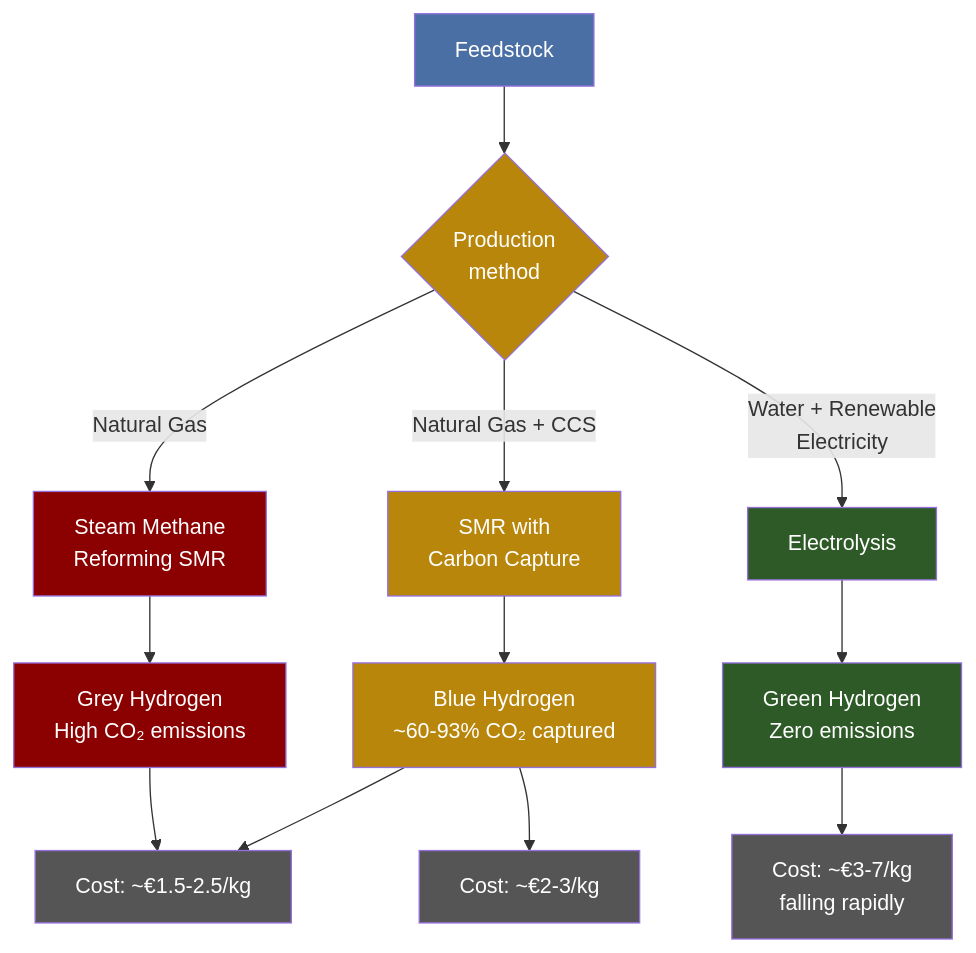
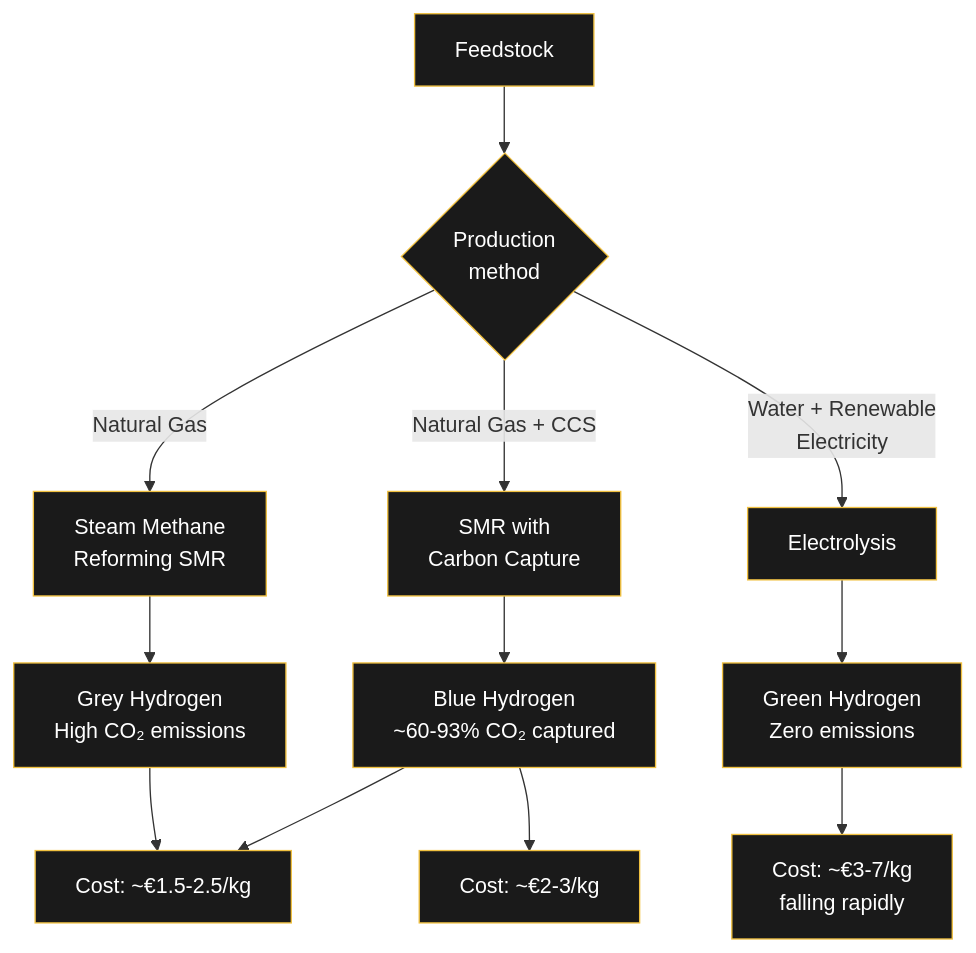
Before and after one commit to raulmina1/quartz-garden: the diagram in content/Engineering/Hydrogen-Pathways.md, drawn with Mermaid. The commit also changed 13 other files, not shown here.

Commit message:
all 10 improvements: dark flowcharts, Plausible analytics, favicon, CNAME for domain, OG images already active

````diff
--- a/content/Engineering/Hydrogen-Pathways.md
+++ b/content/Engineering/Hydrogen-Pathways.md
@@ -25,28 +25,28 @@
 ```mermaid
 flowchart TD
     A[Feedstock] --> B{Production<br/>method}
     B -->|Natural Gas| C[Steam Methane<br/>Reforming SMR]
     B -->|Natural Gas + CCS| D[SMR with<br/>Carbon Capture]
     B -->|Water + Renewable<br/>Electricity| E[Electrolysis]
     
     C --> F[Grey Hydrogen<br/>High CO₂ emissions]
     D --> G[Blue Hydrogen<br/>~60-93% CO₂ captured]
     E --> H[Green Hydrogen<br/>Zero emissions]
     
     F --> I[Cost: ~€1.5-2.5/kg]
     G --> I
     G --> J[Cost: ~€2-3/kg]
     H --> K[Cost: ~€3-7/kg<br/>falling rapidly]
     
-    style A fill:#4a6fa5,color:#fff
-    style B fill:#b8860b,color:#fff
-    style C fill:#8b0000,color:#fff
-    style D fill:#b8860b,color:#fff
-    style E fill:#2d5a27,color:#fff
-    style F fill:#8b0000,color:#fff
-    style G fill:#b8860b,color:#fff
-    style H fill:#2d5a27,color:#fff
-    style I fill:#555,color:#fff
-    style J fill:#555,color:#fff
-    style K fill:#555,color:#fff
+    style A fill:#1a1a1a,stroke:#f0c040,color:#fff
+    style B fill:#1a1a1a,stroke:#f0c040,color:#fff
+    style C fill:#1a1a1a,stroke:#f0c040,color:#fff
+    style D fill:#1a1a1a,stroke:#f0c040,color:#fff
+    style E fill:#1a1a1a,stroke:#f0c040,color:#fff
+    style F fill:#1a1a1a,stroke:#f0c040,color:#fff
+    style G fill:#1a1a1a,stroke:#f0c040,color:#fff
+    style H fill:#1a1a1a,stroke:#f0c040,color:#fff
+    style I fill:#1a1a1a,stroke:#f0c040,color:#fff
+    style J fill:#1a1a1a,stroke:#f0c040,color:#fff
+    style K fill:#1a1a1a,stroke:#f0c040,color:#fff
 ```
````
